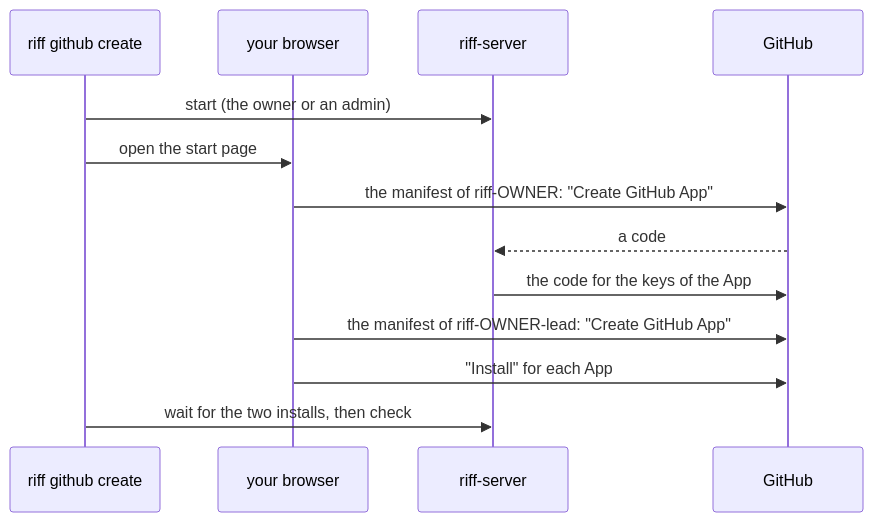
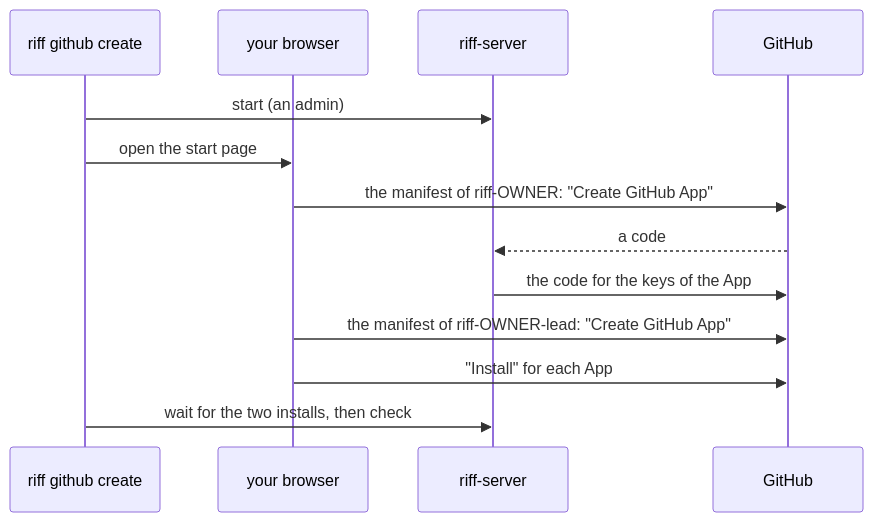
One commit to como-technologies/riff changed the third of 6 diagrams in docs/src/start-a-team-riff.md. Above: the diagram before and after it, drawn with Mermaid. The commit also changed other lines of this file and 104 other files, not shown here.

First line of the commit message:
The owner goes into the admin: each admin does what the owner did

````diff
--- a/docs/src/start-a-team-riff.md
+++ b/docs/src/start-a-team-riff.md
@@ -244,15 +245,15 @@
 ```mermaid
 sequenceDiagram
     participant R as riff github create
     participant B as your browser
     participant S as riff-server
     participant G as GitHub
-    R->>S: start (the owner or an admin)
+    R->>S: start (an admin)
     R->>B: open the start page
     B->>G: the manifest of riff-OWNER: "Create GitHub App"
     G-->>S: a code
     S->>G: the code for the keys of the App
     B->>G: the manifest of riff-OWNER-lead: "Create GitHub App"
     B->>G: "Install" for each App
     R->>S: wait for the two installs, then check
 ```
````
